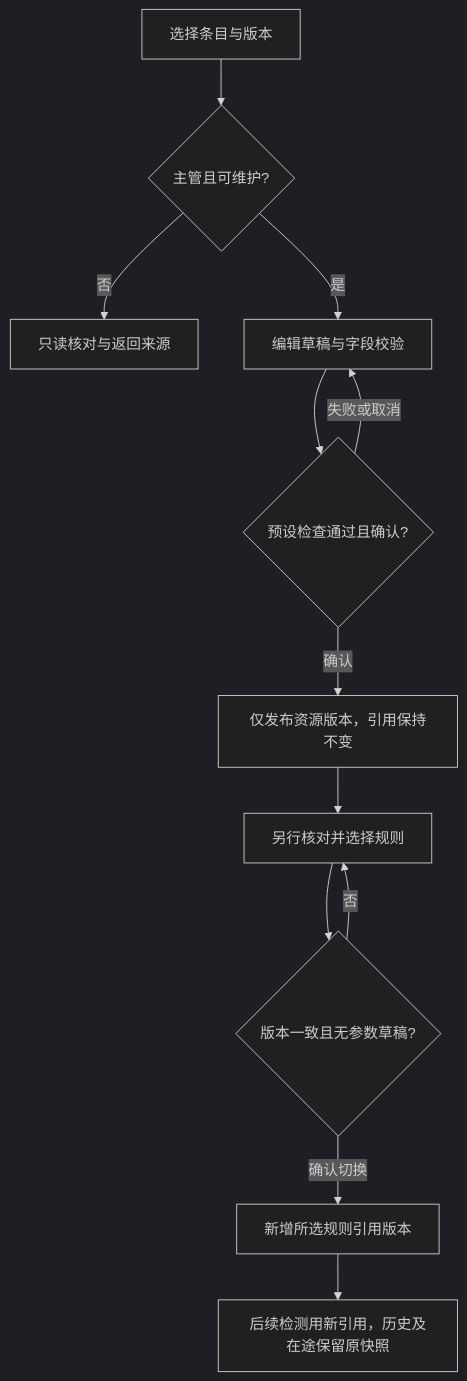
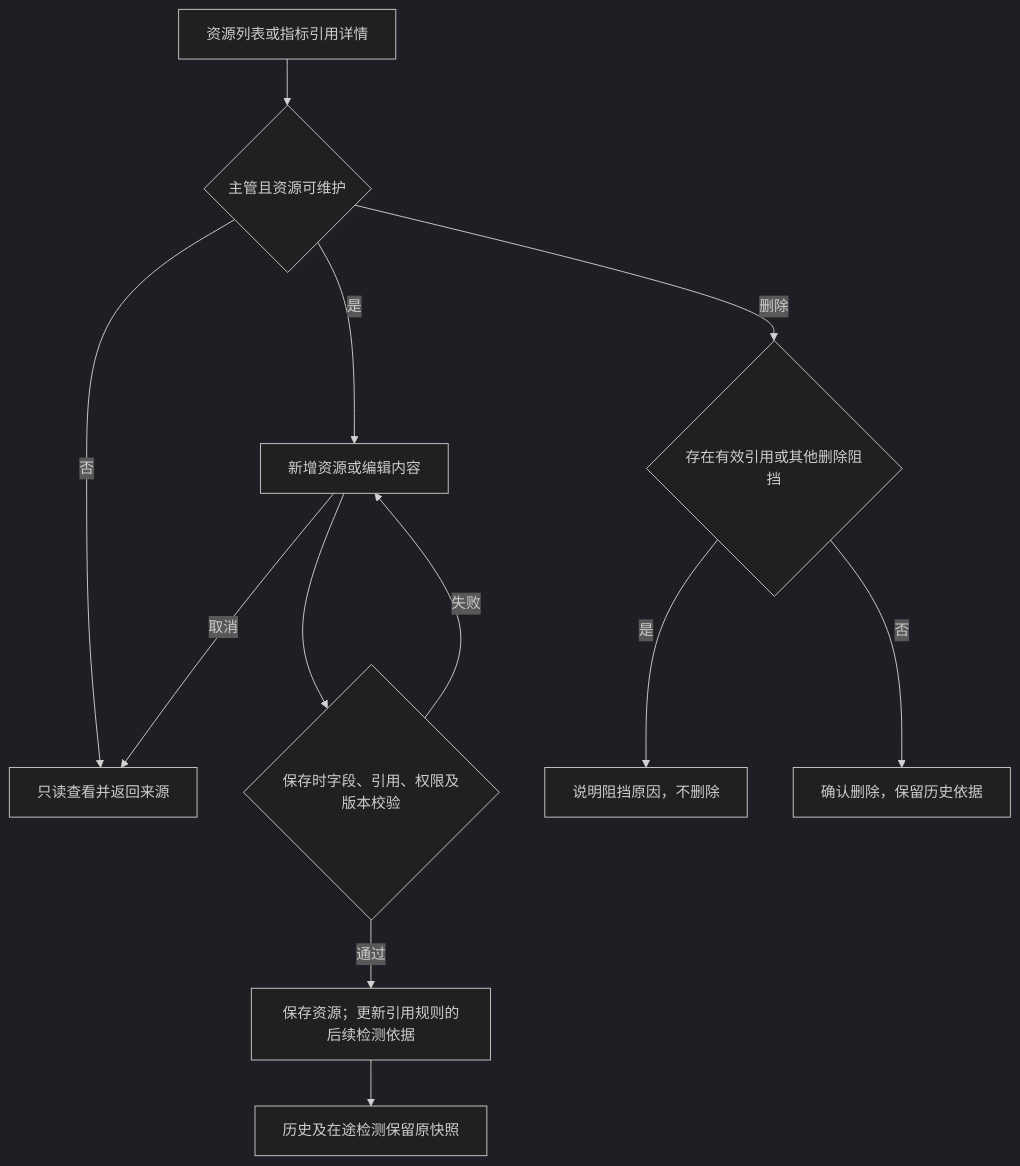
One commit to h-pl/bank-voice-qc-mvp-p0 changed the diagram in docs/reviews/页面流程/resources.mmd. Above: the diagram before and after it, drawn with Mermaid (dark theme). The commit also changed 253 other files, not shown here.

```diff
--- a/docs/reviews/页面流程/resources.mmd
+++ b/docs/reviews/页面流程/resources.mmd
@@ -1,12 +1,13 @@
+%% 当前6001流程，2026-09-23；历史版本见 archive/流程图-20260923复核前
 flowchart TD
- A[选择条目与版本] --> B{主管且可维护?}
- B -->|否| R[只读核对与返回来源]
- B -->|是| C[编辑草稿与字段校验]
- C --> D{预设检查通过且确认?}
- D -->|失败或取消| C
- D -->|确认| E[仅发布资源版本，引用保持不变]
- E --> G[另行核对并选择规则]
- G --> H{版本一致且无参数草稿?}
- H -->|否| G
- H -->|确认切换| I[新增所选规则引用版本]
- I --> F[后续检测用新引用，历史及在途保留原快照]
+ A[资源列表或指标引用详情] --> B{主管且资源可维护}
+ B -->|否| C[只读查看并返回来源]
+ B -->|是| D[新增资源或编辑内容]
+ D --> E{保存时字段、引用、权限及版本校验}
+ E -->|失败| D
+ E -->|通过| F[保存资源；更新引用规则的后续检测依据]
+ F --> G[历史及在途检测保留原快照]
+ D -->|取消| C
+ B -->|删除| H{存在有效引用或其他删除阻挡}
+ H -->|是| I[说明阻挡原因，不删除]
+ H -->|否| J[确认删除，保留历史依据]
```
